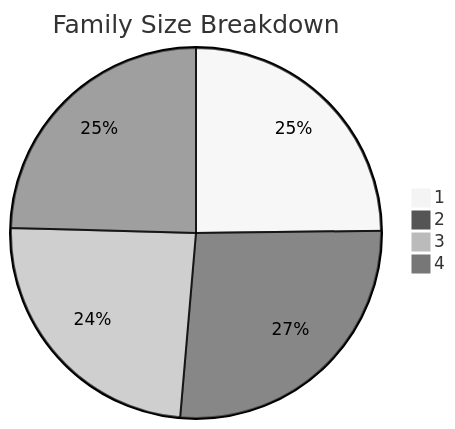
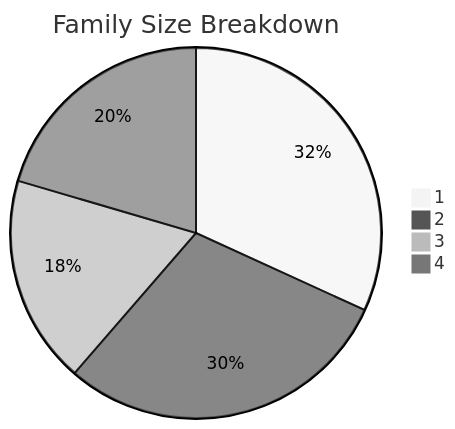
One commit to dhagan-va/intern-2025 changed the sixth of 10 diagrams in test-tools/DataGen/src/Statistics_Visualizer.md. Above: the diagram before and after it, drawn with Mermaid (neutral theme). The commit also changed other lines of this file and 2 other files, not shown here.

````diff
--- a/test-tools/DataGen/src/Statistics_Visualizer.md
+++ b/test-tools/DataGen/src/Statistics_Visualizer.md
@@ -67,7 +67,7 @@
 ```mermaid
 pie title Family Size Breakdown
-    "1" : 100
-    "2" : 107
-    "3" : 97
-    "4" : 99
+    "1" : 14
+    "2" : 13
+    "3" : 8
+    "4" : 9
 ```
````
